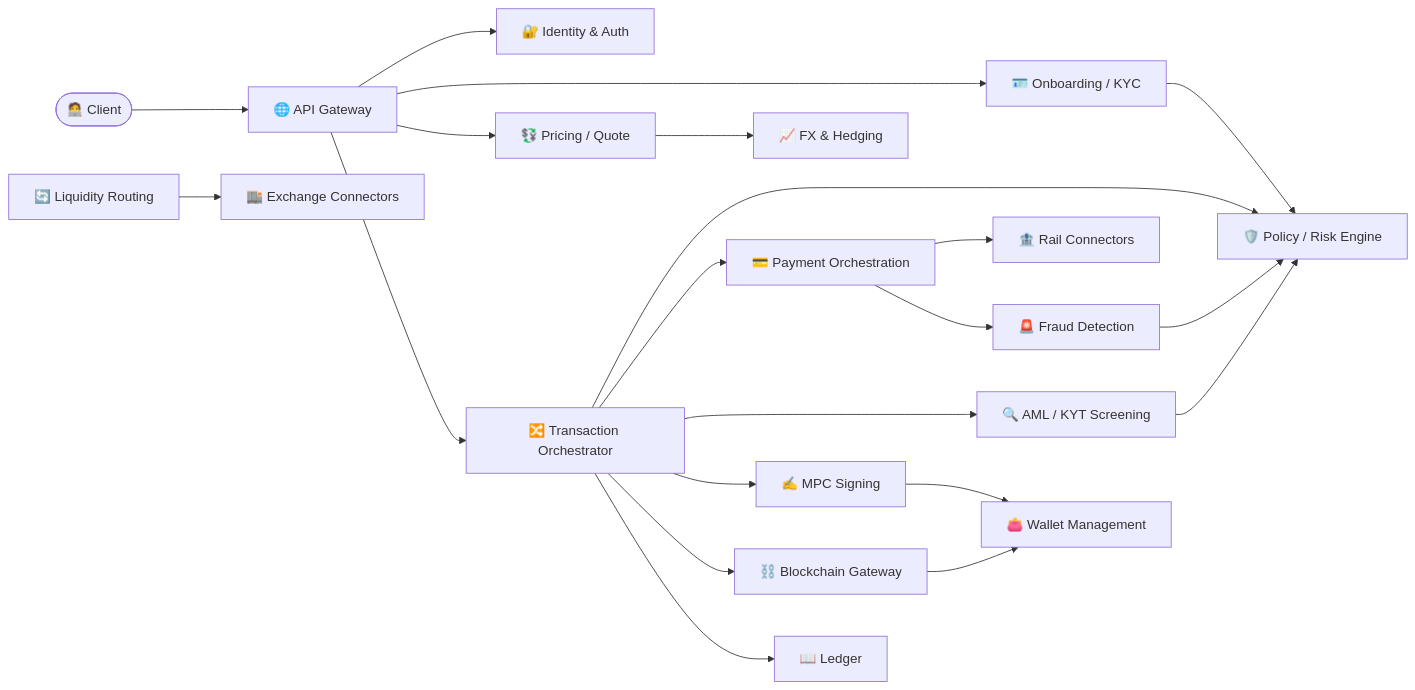
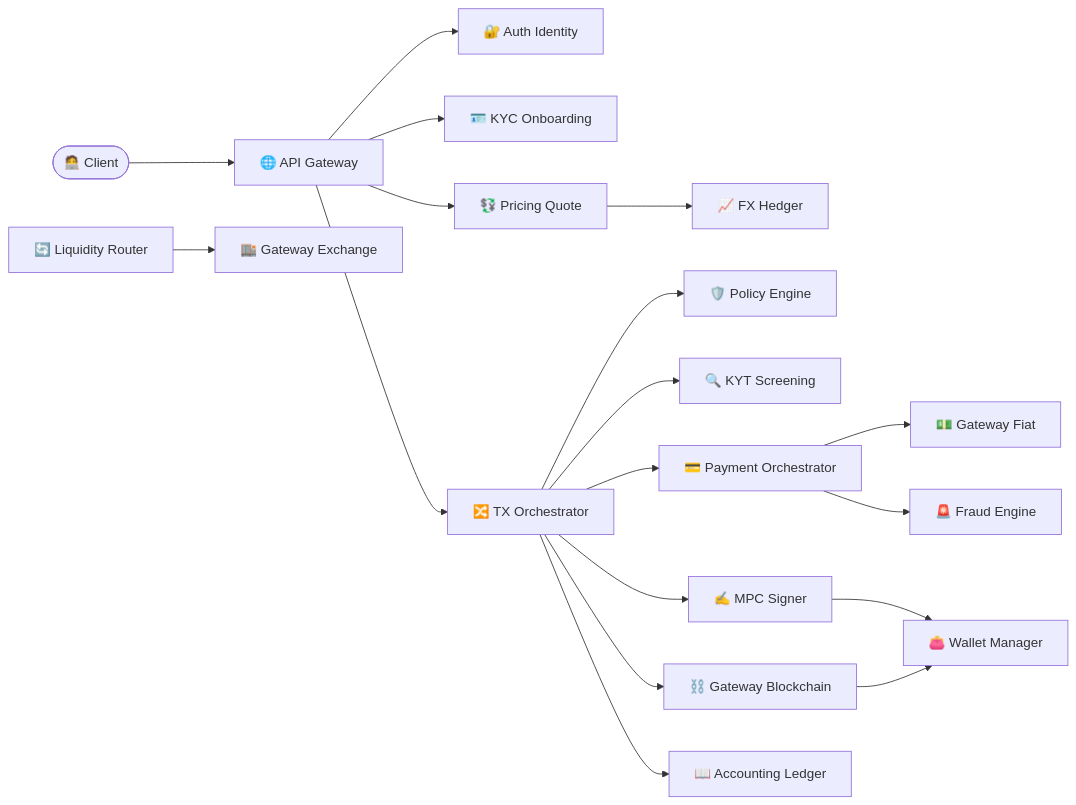
One commit to ai-crypto-onramp/.github changed the first of 2 diagrams in README.md. Above: the diagram before and after it, drawn with Mermaid. The commit also changed other lines of this file, not shown here.

Commit message:
docs: fix sync diagram — update service names, remove incorrect KYC/Fraud/KYT→Policy arrows, clarify Fraud sync vs async

````diff
--- a/README.md
+++ b/README.md
@@ -97,42 +97,39 @@
 ```mermaid
 flowchart LR
     Client([🧑‍💻 Client])
     GW[🌐 API Gateway]
-    AUTH[🔐 Identity & Auth]
-    KYC[🪪 Onboarding / KYC]
-    PRICE[💱 Pricing / Quote]
-    ORCH[🔀 Transaction Orchestrator]
-    POLICY[🛡️ Policy / Risk Engine]
-    FRAUD[🚨 Fraud Detection]
-    KYT[🔍 AML / KYT Screening]
-    PAY[💳 Payment Orchestration]
-    RAILS[🏦 Rail Connectors]
-    FX[📈 FX & Hedging]
-    MPC[✍️ MPC Signing]
-    WALLET[👛 Wallet Management]
-    CHAIN[⛓️ Blockchain Gateway]
-    LEDGER[📖 Ledger]
-    LIQ[🔄 Liquidity Routing]
-    EXCH[🏬 Exchange Connectors]
+    AUTH[🔐 Auth Identity]
+    KYC[🪪 KYC Onboarding]
+    PRICE[💱 Pricing Quote]
+    ORCH[🔀 TX Orchestrator]
+    POLICY[🛡️ Policy Engine]
+    KYT[🔍 KYT Screening]
+    PAY[💳 Payment Orchestrator]
+    RAILS[💵 Gateway Fiat]
+    FRAUD[🚨 Fraud Engine]
+    FX[📈 FX Hedger]
+    MPC[✍️ MPC Signer]
+    WALLET[👛 Wallet Manager]
+    CHAIN[⛓️ Gateway Blockchain]
+    LEDGER[📖 Accounting Ledger]
+    LIQ[🔄 Liquidity Router]
+    EXCH[🏬 Gateway Exchange]
 
     Client --> GW
     GW --> AUTH
     GW --> KYC
     GW --> PRICE
     GW --> ORCH
-    KYC --> POLICY
-    FRAUD --> POLICY
-    KYT --> POLICY
     ORCH --> POLICY
+    ORCH --> KYT
     ORCH --> PAY
-    ORCH --> KYT
     ORCH --> MPC
     ORCH --> CHAIN
     ORCH --> LEDGER
     PAY --> RAILS
     PAY --> FRAUD
     PRICE --> FX
     LIQ --> EXCH
     MPC --> WALLET
     CHAIN --> WALLET
 ```
````
